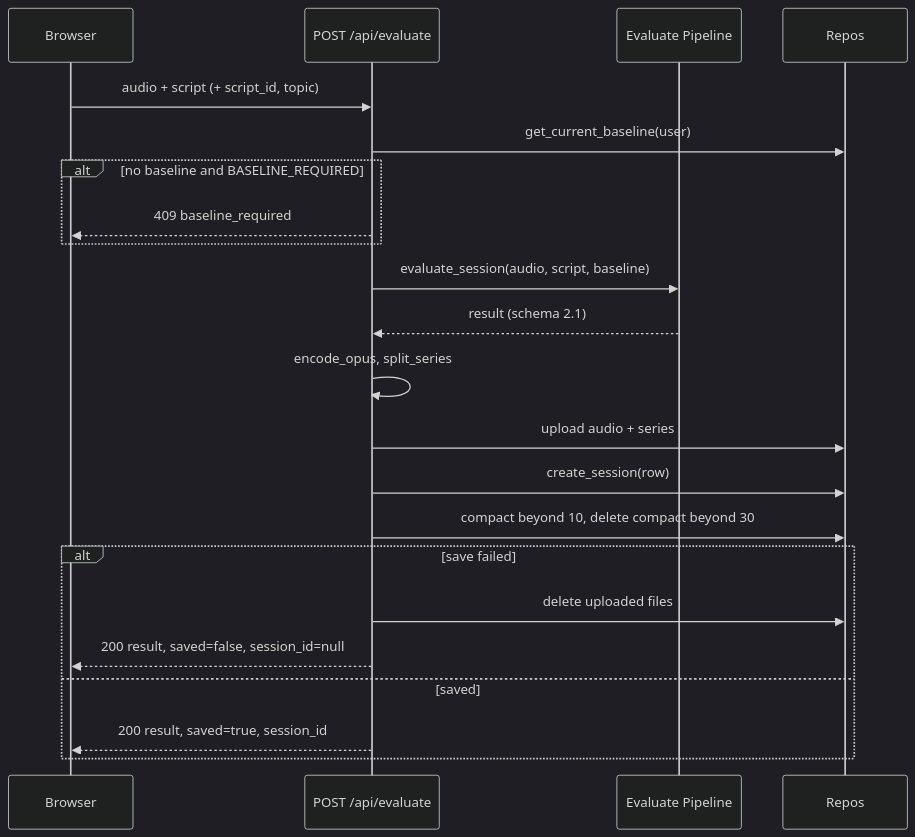
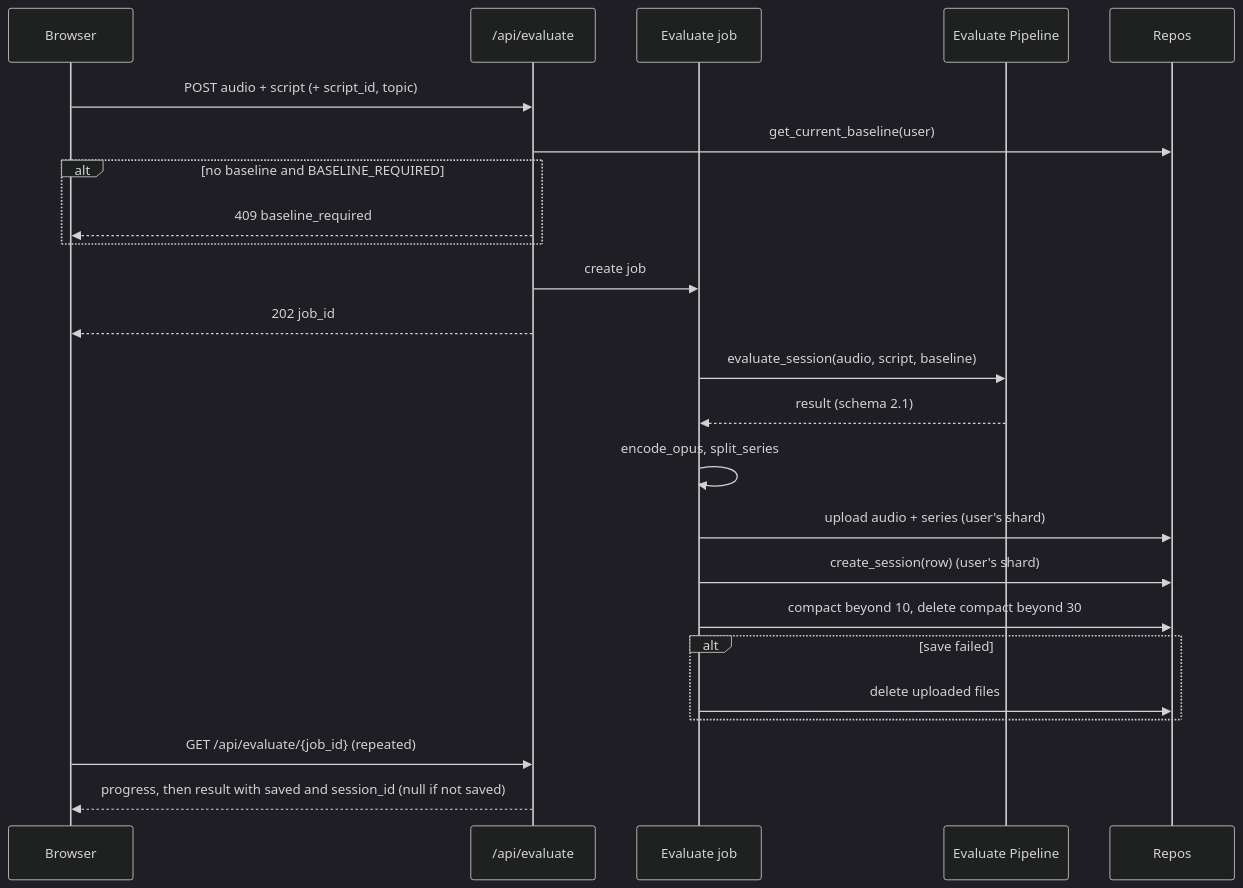
One commit to cbaolee/25c11-ct-team08-public-speaking-assistant changed the fifth of 5 diagrams in architecture.md. Above: the diagram before and after it, drawn with Mermaid (dark theme). The commit also changed other lines of this file and 25 other files, not shown here.

First line of the commit message:
refactor(db): split migrations into migration_main and migration_shard

````diff
--- a/architecture.md
+++ b/architecture.md
@@ -298,24 +314,26 @@
 ```mermaid
 sequenceDiagram
     participant UI as Browser
-    participant API as POST /api/evaluate
+    participant API as /api/evaluate
+    participant J as Evaluate job
     participant P as Evaluate Pipeline
     participant R as Repos
-    UI->>API: audio + script (+ script_id, topic)
+    UI->>API: POST audio + script (+ script_id, topic)
     API->>R: get_current_baseline(user)
     alt no baseline and BASELINE_REQUIRED
         API-->>UI: 409 baseline_required
     end
-    API->>P: evaluate_session(audio, script, baseline)
-    P-->>API: result (schema 2.1)
-    API->>API: encode_opus, split_series
-    API->>R: upload audio + series
-    API->>R: create_session(row)
-    API->>R: compact beyond 10, delete compact beyond 30
+    API->>J: create job
+    API-->>UI: 202 job_id
+    J->>P: evaluate_session(audio, script, baseline)
+    P-->>J: result (schema 2.1)
+    J->>J: encode_opus, split_series
+    J->>R: upload audio + series (user's shard)
+    J->>R: create_session(row) (user's shard)
+    J->>R: compact beyond 10, delete compact beyond 30
     alt save failed
-        API->>R: delete uploaded files
-        API-->>UI: 200 result, saved=false, session_id=null
-    else saved
-        API-->>UI: 200 result, saved=true, session_id
+        J->>R: delete uploaded files
     end
+    UI->>API: GET /api/evaluate/{job_id} (repeated)
+    API-->>UI: progress, then result with saved and session_id (null if not saved)
 ```
````
